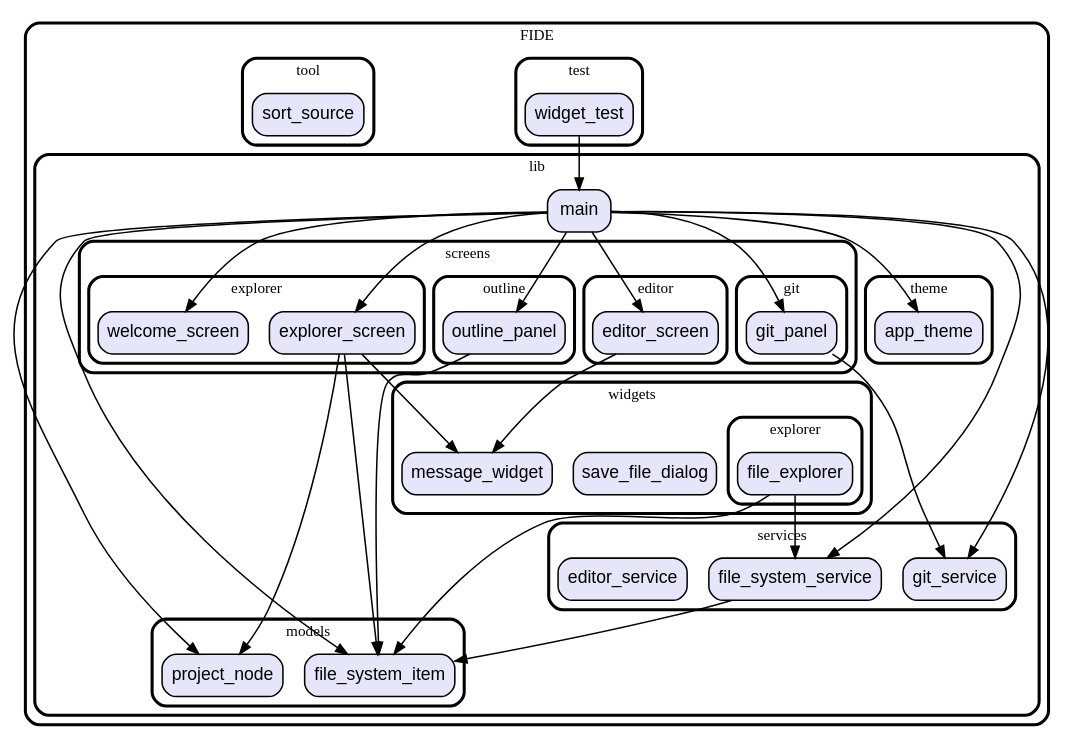
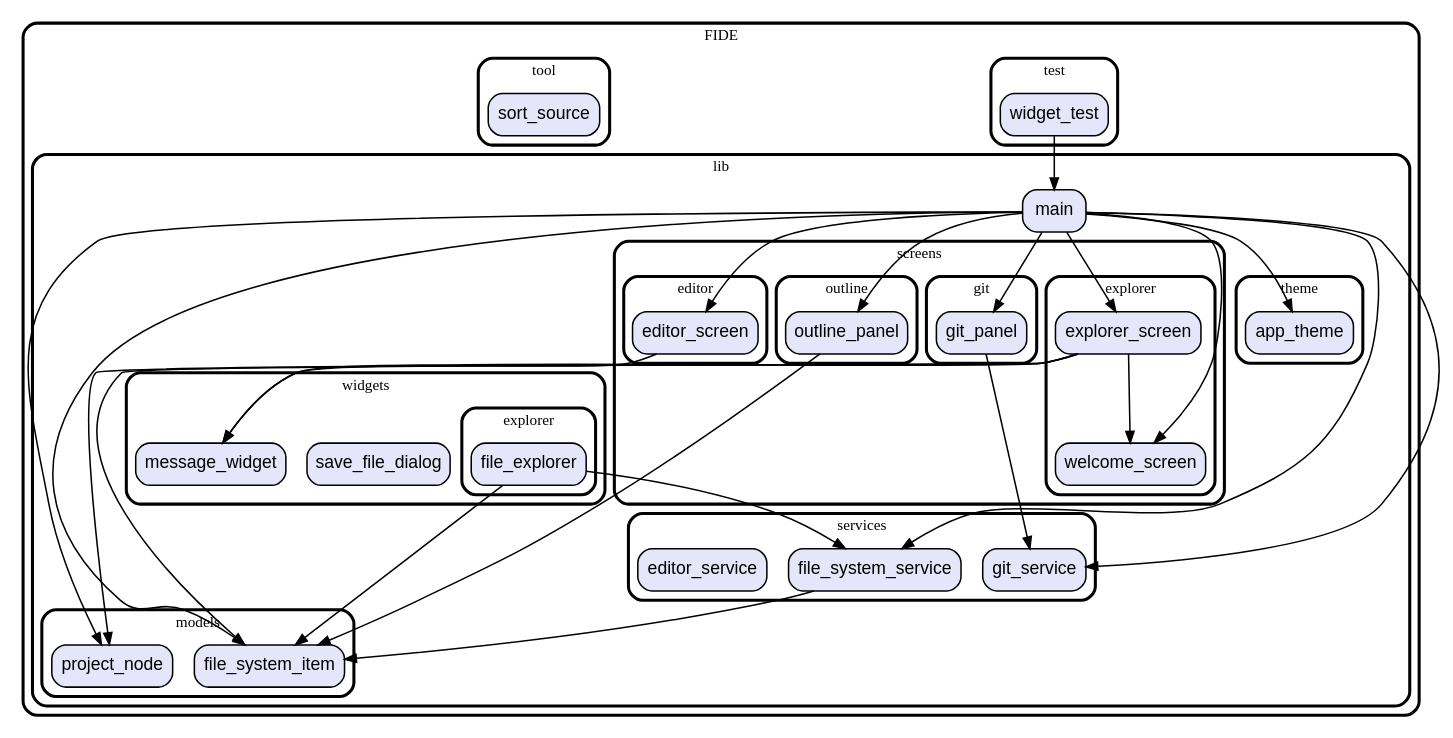
One commit to vteam-com/FIDE changed the diagram in graph.dot. Above: the diagram before and after it, drawn with Graphviz. The commit also changed 4 other files, not shown here.

```diff
--- a/graph.dot
+++ b/graph.dot
@@ -1,101 +1,102 @@
 digraph "" {
   graph [style=rounded fontname="Arial Black" fontsize=13 penwidth=2.6];
   node [shape=rect style="filled,rounded" fontname=Arial fontsize=15 fillcolor=Lavender penwidth=1.3];
   edge [penwidth=1.3];
   "/test/widget_test.dart" [label="widget_test"];
   "/lib/models/project_node.dart" [label="project_node"];
   "/lib/models/file_system_item.dart" [label="file_system_item"];
   "/lib/screens/explorer/explorer_screen.dart" [label="explorer_screen"];
   "/lib/screens/explorer/welcome_screen.dart" [label="welcome_screen"];
   "/lib/screens/outline/outline_panel.dart" [label="outline_panel"];
   "/lib/screens/editor/editor_screen.dart" [label="editor_screen"];
   "/lib/screens/git/git_panel.dart" [label="git_panel"];
   "/lib/main.dart" [label="main"];
   "/lib/theme/app_theme.dart" [label="app_theme"];
   "/lib/services/git_service.dart" [label="git_service"];
   "/lib/services/file_system_service.dart" [label="file_system_service"];
   "/lib/services/editor_service.dart" [label="editor_service"];
   "/lib/widgets/save_file_dialog.dart" [label="save_file_dialog"];
   "/lib/widgets/explorer/file_explorer.dart" [label="file_explorer"];
   "/lib/widgets/message_widget.dart" [label="message_widget"];
   "/tool/sort_source.dart" [label="sort_source"];
   subgraph "cluster~" {
     label="FIDE";
     subgraph "cluster~/test" {
       label="test";
       "/test/widget_test.dart";
     }
     subgraph "cluster~/lib" {
       label="lib";
       "/lib/main.dart";
       subgraph "cluster~/lib/models" {
         label="models";
         "/lib/models/project_node.dart";
         "/lib/models/file_system_item.dart";
       }
       subgraph "cluster~/lib/screens" {
         label="screens";
         subgraph "cluster~/lib/screens/explorer" {
           label="explorer";
           "/lib/screens/explorer/explorer_screen.dart";
           "/lib/screens/explorer/welcome_screen.dart";
         }
         subgraph "cluster~/lib/screens/outline" {
           label="outline";
           "/lib/screens/outline/outline_panel.dart";
         }
         subgraph "cluster~/lib/screens/editor" {
           label="editor";
           "/lib/screens/editor/editor_screen.dart";
         }
         subgraph "cluster~/lib/screens/git" {
           label="git";
           "/lib/screens/git/git_panel.dart";
         }
       }
       subgraph "cluster~/lib/theme" {
         label="theme";
         "/lib/theme/app_theme.dart";
       }
       subgraph "cluster~/lib/services" {
         label="services";
         "/lib/services/git_service.dart";
         "/lib/services/file_system_service.dart";
         "/lib/services/editor_service.dart";
       }
       subgraph "cluster~/lib/widgets" {
         label="widgets";
         "/lib/widgets/save_file_dialog.dart";
         "/lib/widgets/message_widget.dart";
         subgraph "cluster~/lib/widgets/explorer" {
           label="explorer";
           "/lib/widgets/explorer/file_explorer.dart";
         }
       }
     }
     subgraph "cluster~/tool" {
       label="tool";
       "/tool/sort_source.dart";
     }
   }
   "/test/widget_test.dart" -> "/lib/main.dart";
   "/lib/screens/explorer/explorer_screen.dart" -> "/lib/models/project_node.dart";
   "/lib/screens/explorer/explorer_screen.dart" -> "/lib/models/file_system_item.dart";
   "/lib/screens/explorer/explorer_screen.dart" -> "/lib/widgets/message_widget.dart";
+  "/lib/screens/explorer/explorer_screen.dart" -> "/lib/screens/explorer/welcome_screen.dart";
   "/lib/screens/outline/outline_panel.dart" -> "/lib/models/file_system_item.dart";
   "/lib/screens/editor/editor_screen.dart" -> "/lib/widgets/message_widget.dart";
   "/lib/screens/git/git_panel.dart" -> "/lib/services/git_service.dart";
   "/lib/main.dart" -> "/lib/screens/explorer/explorer_screen.dart";
   "/lib/main.dart" -> "/lib/screens/explorer/welcome_screen.dart";
   "/lib/main.dart" -> "/lib/screens/editor/editor_screen.dart";
   "/lib/main.dart" -> "/lib/screens/outline/outline_panel.dart";
   "/lib/main.dart" -> "/lib/screens/git/git_panel.dart";
   "/lib/main.dart" -> "/lib/services/file_system_service.dart";
   "/lib/main.dart" -> "/lib/services/git_service.dart";
   "/lib/main.dart" -> "/lib/theme/app_theme.dart";
   "/lib/main.dart" -> "/lib/models/file_system_item.dart";
   "/lib/main.dart" -> "/lib/models/project_node.dart";
   "/lib/services/file_system_service.dart" -> "/lib/models/file_system_item.dart";
   "/lib/widgets/explorer/file_explorer.dart" -> "/lib/services/file_system_service.dart";
   "/lib/widgets/explorer/file_explorer.dart" -> "/lib/models/file_system_item.dart";
 }
```
